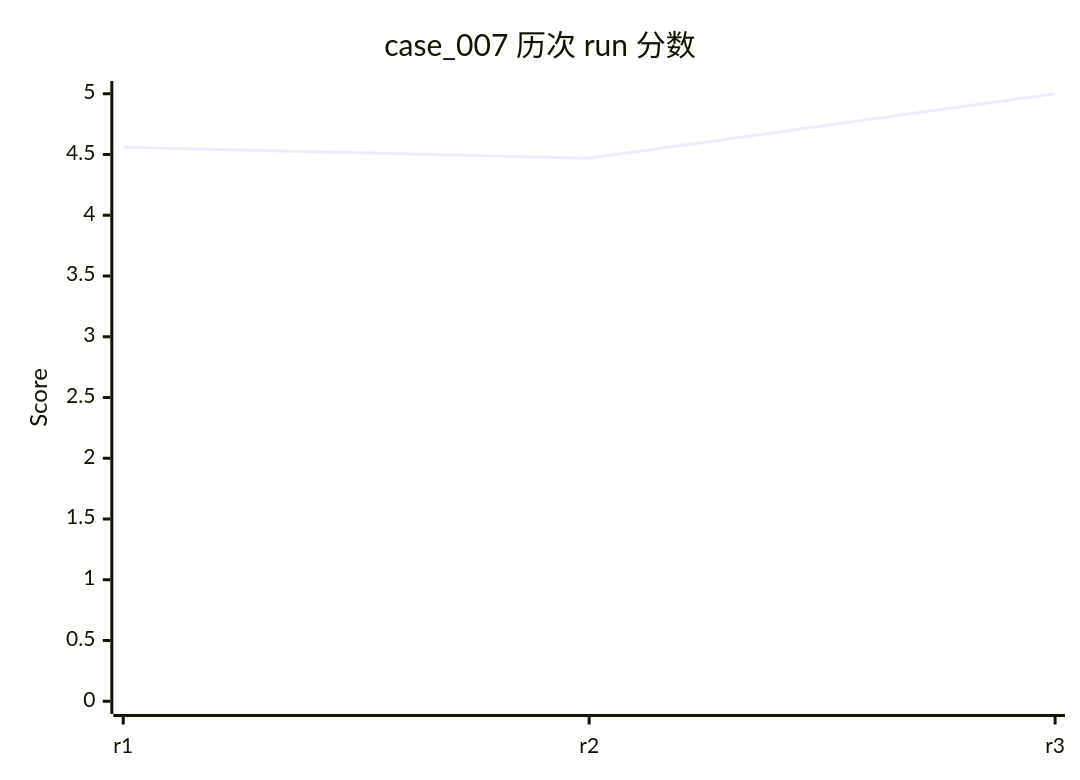
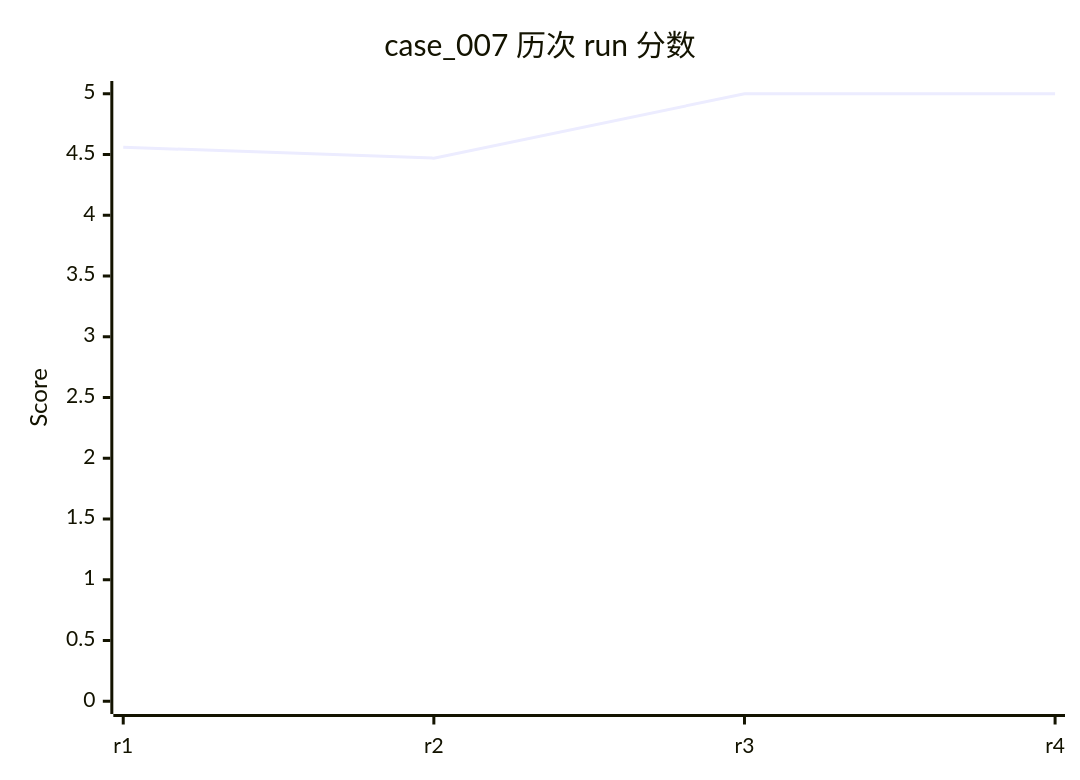
One commit to rushengzhou/sid-code changed diagram 13 of 58 in evals/DASHBOARD.md. Above: the diagram before and after it, drawn with Mermaid. The commit also changed other lines of this file and 57 other files, not shown here.

````diff
--- a/evals/DASHBOARD.md
+++ b/evals/DASHBOARD.md
@@ -318,7 +320,7 @@
 ```mermaid
 xychart-beta
     title "case_007 历次 run 分数"
-    x-axis [r1, r2, r3]
+    x-axis [r1, r2, r3, r4]
     y-axis "Score" 0 --> 5
-    line [4.56, 4.47, 5.00]
+    line [4.56, 4.47, 5.00, 5.00]
 ```
````
